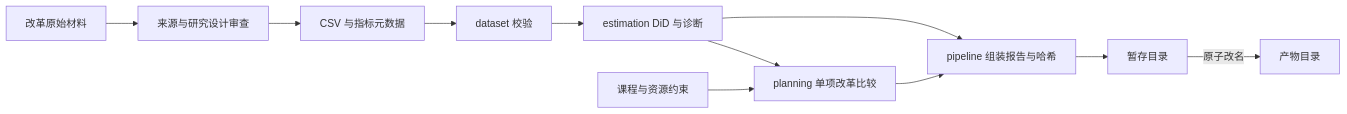
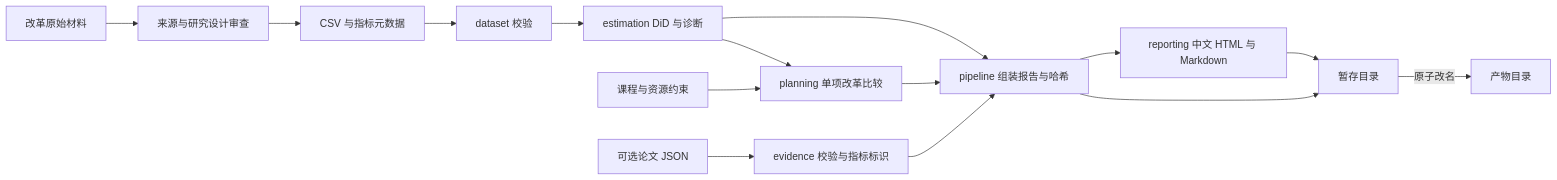
The diagram in docs/architecture.md (Nenieco-001/chanjiao-evidence), drawn with Mermaid before and after one commit. The commit also changed other lines of this file and 21 other files, not shown here.

````diff
--- a/docs/architecture.md
+++ b/docs/architecture.md
@@ -7,13 +7,17 @@
 ```mermaid
 flowchart LR
   A[改革原始材料] --> B[来源与研究设计审查]
   B --> C[CSV 与指标元数据]
   C --> D[dataset 校验]
   D --> E[estimation DiD 与诊断]
   E --> F[planning 单项改革比较]
   G[课程与资源约束] --> F
   E --> H[pipeline 组装报告与哈希]
   F --> H
+  K[可选论文 JSON] --> L[evidence 校验与指标标识]
+  L --> H
+  H --> M[reporting 中文 HTML 与 Markdown]
+  M --> I
   H --> I[暂存目录]
   I -->|原子改名| J[产物目录]
 ```
````
